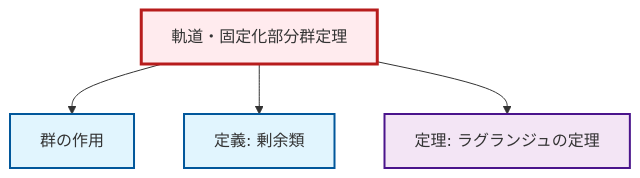
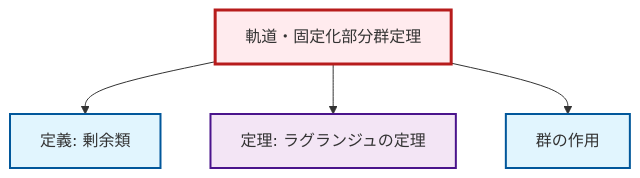
Before and after one commit to RK0429/ModernMath: the diagram in content/ja/algebra/thm-orbit-stabilizer.qmd, drawn with Mermaid. The commit also changed other lines of this file and 328 other files, not shown here.

````diff
--- a/content/ja/algebra/thm-orbit-stabilizer.qmd
+++ b/content/ja/algebra/thm-orbit-stabilizer.qmd
@@ -64,20 +64,20 @@
 ```{mermaid}
 %%| fig-cap: "ローカル依存関係グラフ"
 graph TD
     classDef definition fill:#e1f5fe,stroke:#01579b,stroke-width:2px
     classDef theorem fill:#f3e5f5,stroke:#4a148c,stroke-width:2px
     classDef axiom fill:#fff3e0,stroke:#e65100,stroke-width:2px
     classDef example fill:#e8f5e9,stroke:#1b5e20,stroke-width:2px
     classDef current fill:#ffebee,stroke:#b71c1c,stroke-width:3px
-    thm-orbit-stabilizer["軌道・固定化部分群定理"]:::theorem
-    def-group-action["群の作用"]:::definition
     thm-lagrange["定理: ラグランジュの定理"]:::theorem
     def-coset["定義: 剰余類"]:::definition
-    thm-orbit-stabilizer --> def-group-action
+    def-group-action["群の作用"]:::definition
+    thm-orbit-stabilizer["軌道・固定化部分群定理"]:::theorem
     thm-orbit-stabilizer --> def-coset
     thm-orbit-stabilizer --> thm-lagrange
+    thm-orbit-stabilizer --> def-group-action
     class thm-orbit-stabilizer current
-    click def-group-action "def-group-action.html" "群の作用へ"
     click thm-lagrange "thm-lagrange.html" "ラグランジュの定理の定理へ"
     click def-coset "def-coset.html" "剰余類の定義へ"
+    click def-group-action "def-group-action.html" "群の作用へ"
 ```
````
